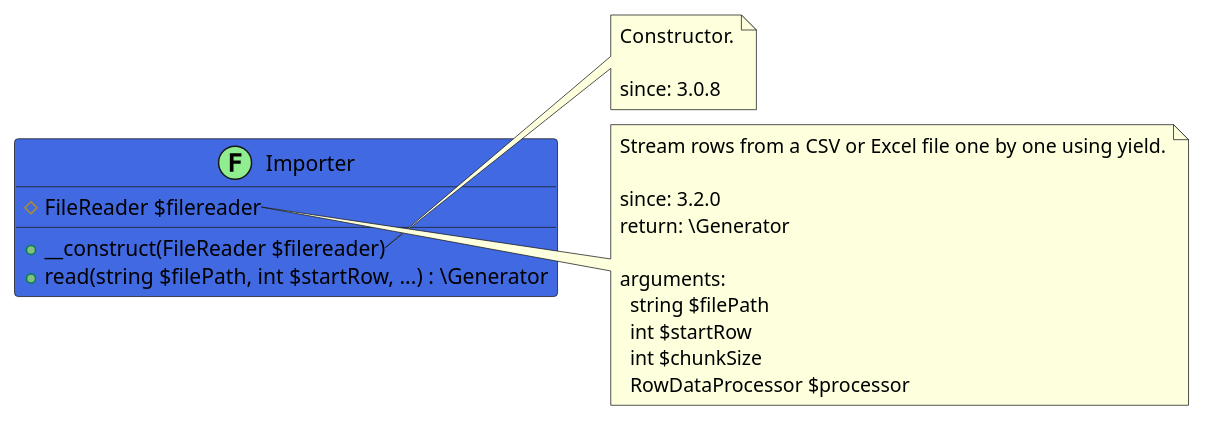
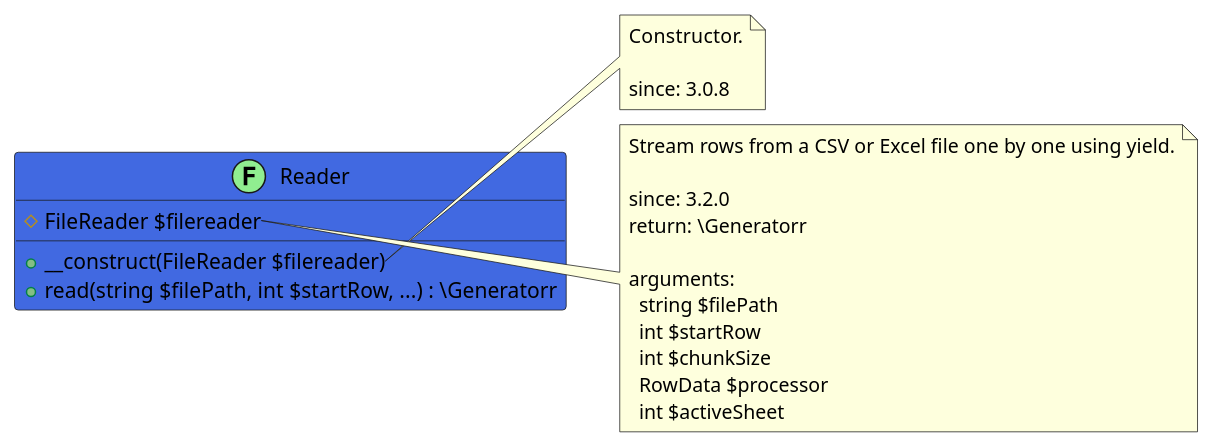
Before and after one commit to joomengine/super-powers: the diagram in src/c4169332-3914-400e-b861-972b2d465963/README.md, drawn with PlantUML. The commit also changed other lines of this file and 87 other files, not shown here.

````diff
--- a/src/c4169332-3914-400e-b861-972b2d465963/README.md
+++ b/src/c4169332-3914-400e-b861-972b2d465963/README.md
@@ -5,30 +5,31 @@
 ```uml
 @startuml
 
-class Importer << (F,LightGreen) >> #RoyalBlue {
+class Reader << (F,LightGreen) >> #RoyalBlue {
   # FileReader $filereader
   + __construct(FileReader $filereader)
-  + read(string $filePath, int $startRow, ...) : \Generator
+  + read(string $filePath, int $startRow, ...) : \Generatorr
 }
 
-note right of Importer::__construct
+note right of Reader::__construct
   Constructor.
 
   since: 3.0.8
 end note
 
-note right of Importer::read
+note right of Reader::read
   Stream rows from a CSV or Excel file one by one using yield.
 
   since: 3.2.0
-  return: \Generator
+  return: \Generatorr
   
   arguments:
     string $filePath
     int $startRow
     int $chunkSize
-    RowDataProcessor $processor
+    RowData $processor
+    int $activeSheet
 end note
 
 @enduml
 ```
````
